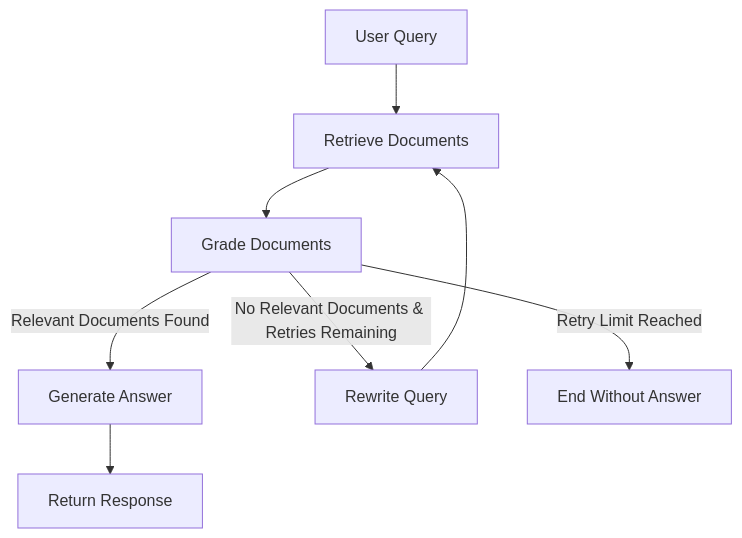
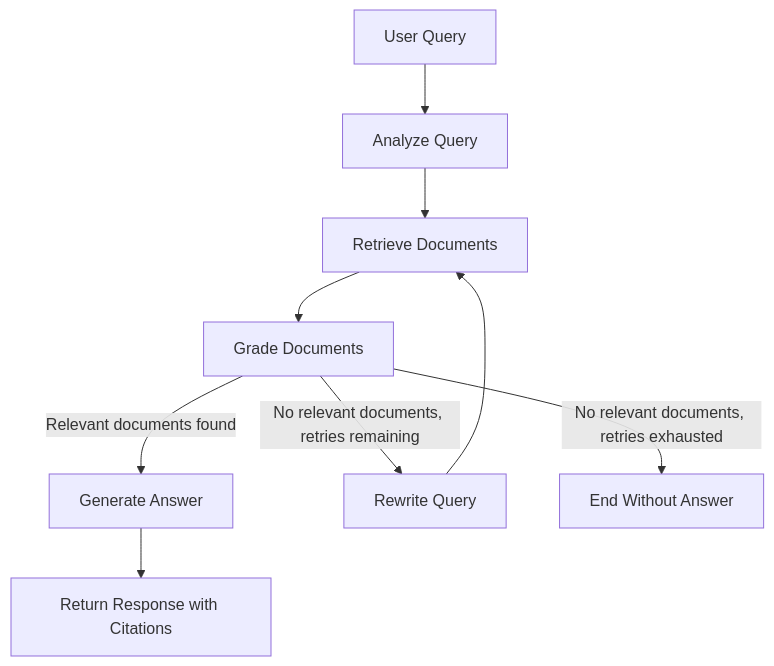
One commit to ShivamDhasmana1/RAG-Based-Technical-Documentation-Assistant changed the diagram in README.md. Above: the diagram before and after it, drawn with Mermaid. The commit also changed other lines of this file and 19 other files, not shown here.

````diff
--- a/README.md
+++ b/README.md
@@ -37,13 +47,14 @@
 ```mermaid
 flowchart TD
-    A[User Query] --> B[Retrieve Documents]
-    B --> C[Grade Documents]
+    A[User Query] --> B[Analyze Query]
+    B --> C[Retrieve Documents]
+    C --> D[Grade Documents]
 
-    C -->|Relevant Documents Found| D[Generate Answer]
-    D --> G[Return Response]
+    D -->|Relevant documents found| E[Generate Answer]
+    E --> F[Return Response with Citations]
 
-    C -->|No Relevant Documents & Retries Remaining| E[Rewrite Query]
-    E --> B
+    D -->|No relevant documents, retries remaining| G[Rewrite Query]
+    G --> C
 
-    C -->|Retry Limit Reached| F[End Without Answer]
+    D -->|No relevant documents, retries exhausted| H[End Without Answer]
 ```
````
